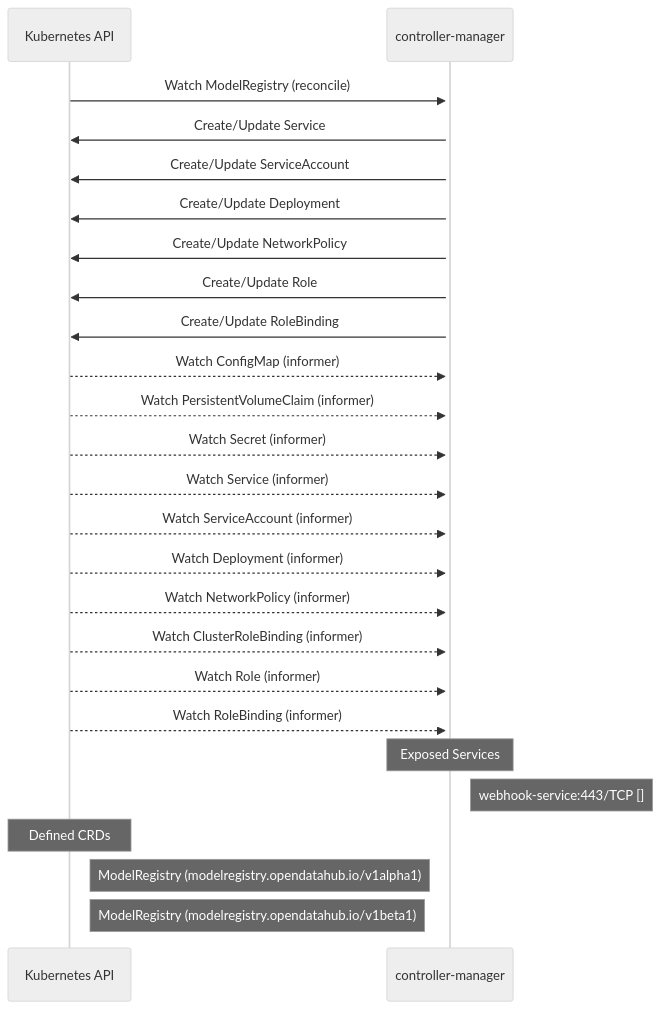
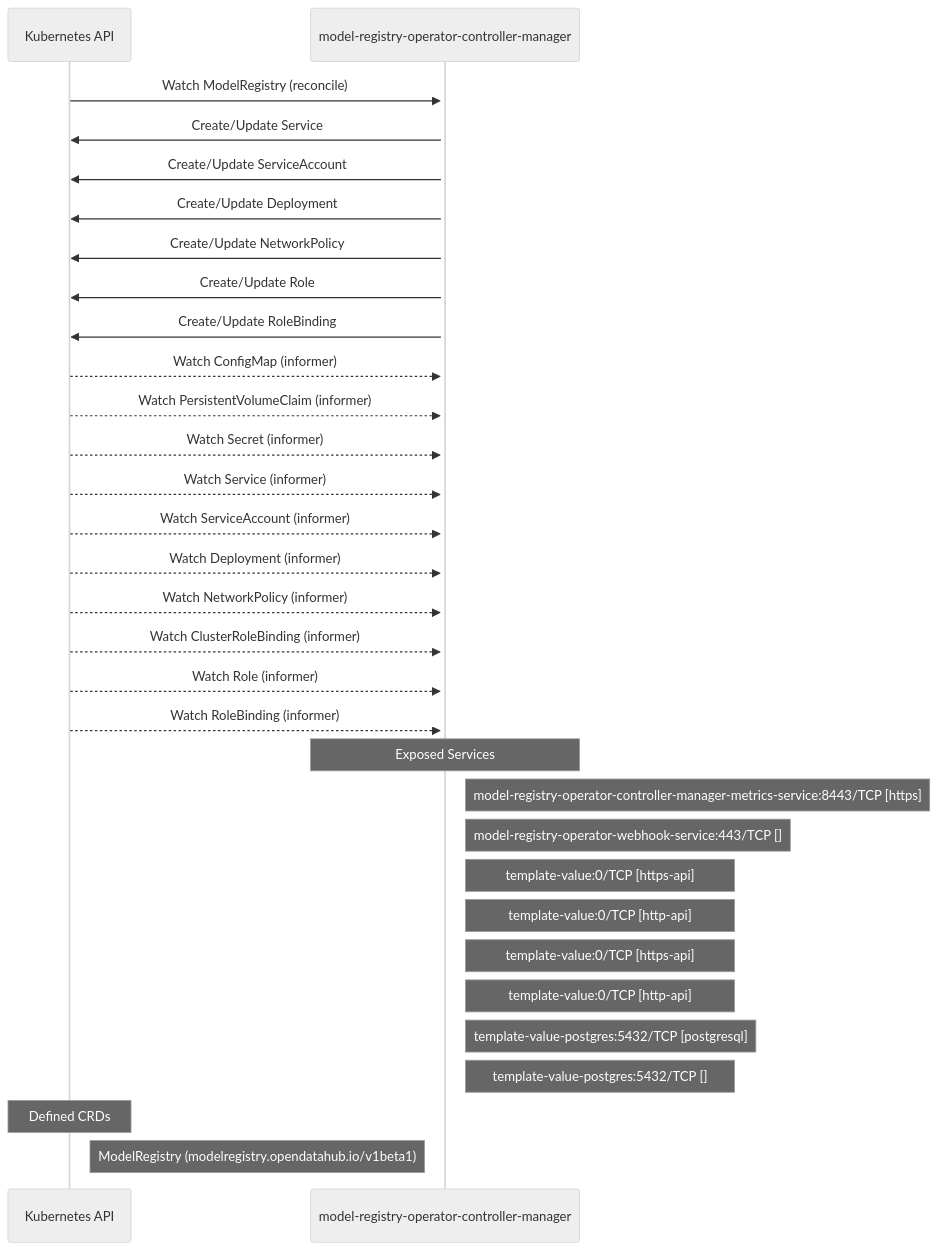
Before and after one commit to ugiordan/architecture-analyzer: the diagram in site/docs/rhoai-platform/components/model_registry_operator/dataflow.md, drawn with Mermaid (neutral theme). The commit also changed other lines of this file and 299 other files, not shown here.

````diff
--- a/site/docs/rhoai-platform/components/model_registry_operator/dataflow.md
+++ b/site/docs/rhoai-platform/components/model_registry_operator/dataflow.md
@@ -31,32 +31,38 @@
 ```mermaid
 sequenceDiagram
     %% Static dataflow for model-registry-operator
 
     participant KubernetesAPI as Kubernetes API
-    participant controller_manager as controller-manager
+    participant model_registry_operator_controller_manager as model-registry-operator-controller-manager
 
-    KubernetesAPI->>+controller_manager: Watch ModelRegistry (reconcile)
-    controller_manager->>KubernetesAPI: Create/Update Service
-    controller_manager->>KubernetesAPI: Create/Update ServiceAccount
-    controller_manager->>KubernetesAPI: Create/Update Deployment
-    controller_manager->>KubernetesAPI: Create/Update NetworkPolicy
-    controller_manager->>KubernetesAPI: Create/Update Role
-    controller_manager->>KubernetesAPI: Create/Update RoleBinding
-    KubernetesAPI-->>+controller_manager: Watch ConfigMap (informer)
-    KubernetesAPI-->>+controller_manager: Watch PersistentVolumeClaim (informer)
-    KubernetesAPI-->>+controller_manager: Watch Secret (informer)
-    KubernetesAPI-->>+controller_manager: Watch Service (informer)
-    KubernetesAPI-->>+controller_manager: Watch ServiceAccount (informer)
-    KubernetesAPI-->>+controller_manager: Watch Deployment (informer)
-    KubernetesAPI-->>+controller_manager: Watch NetworkPolicy (informer)
-    KubernetesAPI-->>+controller_manager: Watch ClusterRoleBinding (informer)
-    KubernetesAPI-->>+controller_manager: Watch Role (informer)
-    KubernetesAPI-->>+controller_manager: Watch RoleBinding (informer)
+    KubernetesAPI->>+model_registry_operator_controller_manager: Watch ModelRegistry (reconcile)
+    model_registry_operator_controller_manager->>KubernetesAPI: Create/Update Service
+    model_registry_operator_controller_manager->>KubernetesAPI: Create/Update ServiceAccount
+    model_registry_operator_controller_manager->>KubernetesAPI: Create/Update Deployment
+    model_registry_operator_controller_manager->>KubernetesAPI: Create/Update NetworkPolicy
+    model_registry_operator_controller_manager->>KubernetesAPI: Create/Update Role
+    model_registry_operator_controller_manager->>KubernetesAPI: Create/Update RoleBinding
+    KubernetesAPI-->>+model_registry_operator_controller_manager: Watch ConfigMap (informer)
+    KubernetesAPI-->>+model_registry_operator_controller_manager: Watch PersistentVolumeClaim (informer)
+    KubernetesAPI-->>+model_registry_operator_controller_manager: Watch Secret (informer)
+    KubernetesAPI-->>+model_registry_operator_controller_manager: Watch Service (informer)
+    KubernetesAPI-->>+model_registry_operator_controller_manager: Watch ServiceAccount (informer)
+    KubernetesAPI-->>+model_registry_operator_controller_manager: Watch Deployment (informer)
+    KubernetesAPI-->>+model_registry_operator_controller_manager: Watch NetworkPolicy (informer)
+    KubernetesAPI-->>+model_registry_operator_controller_manager: Watch ClusterRoleBinding (informer)
+    KubernetesAPI-->>+model_registry_operator_controller_manager: Watch Role (informer)
+    KubernetesAPI-->>+model_registry_operator_controller_manager: Watch RoleBinding (informer)
 
-    Note over controller_manager: Exposed Services
-    Note right of controller_manager: webhook-service:443/TCP []
+    Note over model_registry_operator_controller_manager: Exposed Services
+    Note right of model_registry_operator_controller_manager: model-registry-operator-controller-manager-metrics-service:8443/TCP [https]
+    Note right of model_registry_operator_controller_manager: model-registry-operator-webhook-service:443/TCP []
+    Note right of model_registry_operator_controller_manager: template-value:0/TCP [https-api]
+    Note right of model_registry_operator_controller_manager: template-value:0/TCP [http-api]
+    Note right of model_registry_operator_controller_manager: template-value:0/TCP [https-api]
+    Note right of model_registry_operator_controller_manager: template-value:0/TCP [http-api]
+    Note right of model_registry_operator_controller_manager: template-value-postgres:5432/TCP [postgresql]
+    Note right of model_registry_operator_controller_manager: template-value-postgres:5432/TCP []
 
     Note over KubernetesAPI: Defined CRDs
-    Note right of KubernetesAPI: ModelRegistry (modelregistry.opendatahub.io/v1alpha1)
     Note right of KubernetesAPI: ModelRegistry (modelregistry.opendatahub.io/v1beta1)
 ```
````
